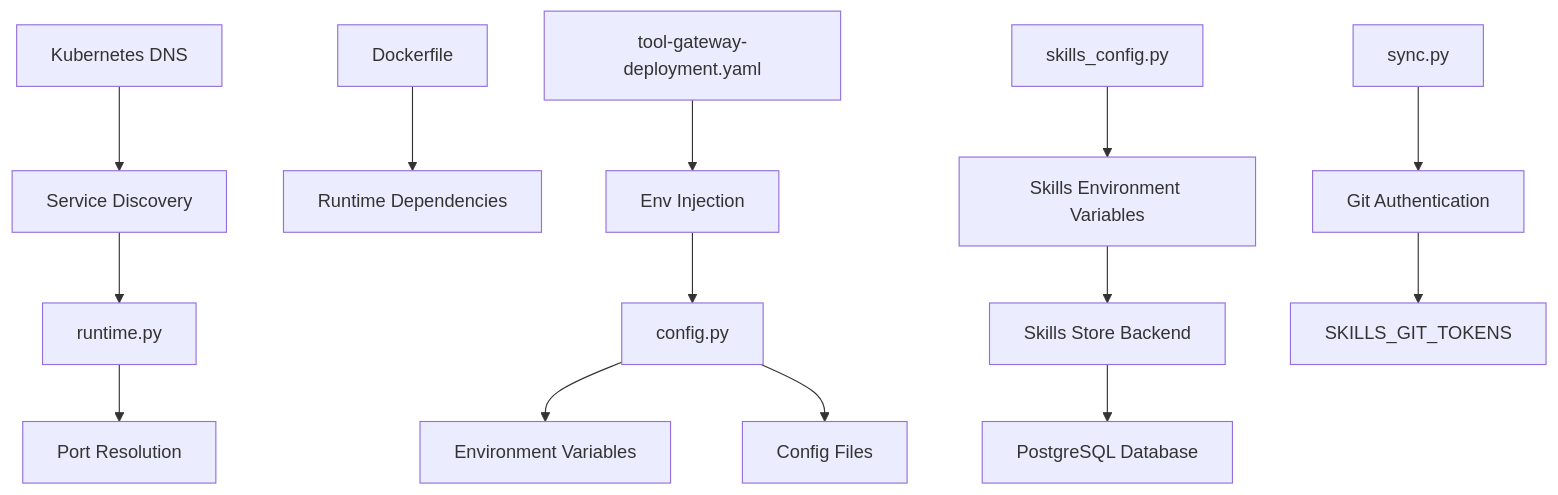
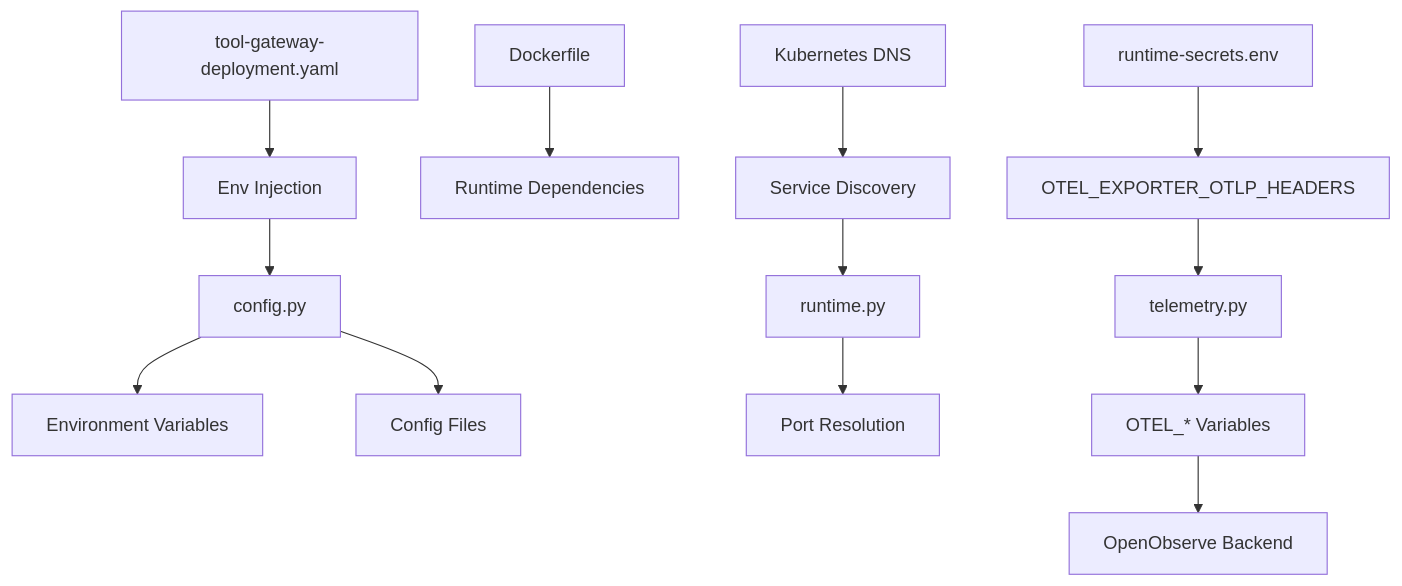
One commit to metasync/luban-aiops changed the tenth of 10 diagrams in .qoder/repowiki/en/content/Tool Gateway Service/Configuration and Environment Setup.md. Above: the diagram before and after it, drawn with Mermaid. The commit also changed other lines of this file and 71 other files, not shown here.

Commit message:
docs: refresh repowiki knowledge cache after OpenObserve telemetry enablement

````diff
--- a/.qoder/repowiki/en/content/Tool Gateway Service/Configuration and Environment Setup.md
+++ b/.qoder/repowiki/en/content/Tool Gateway Service/Configuration and Environment Setup.md
@@ -489,16 +394,15 @@
 ```mermaid
 graph TB
 CFG["config.py"] --> ENV["Environment Variables"]
 CFG --> FILE["Config Files"]
 RT["runtime.py"] --> PORT["Port Resolution"]
 DNS["Kubernetes DNS"] --> SVC["Service Discovery"]
 DOCKER["Dockerfile"] --> RUNTIME["Runtime Dependencies"]
 K8S["tool-gateway-deployment.yaml"] --> INJECT["Env Injection"]
 INJECT --> CFG
 SVC --> RT
-SkillsCFG["skills_config.py"] --> SkillsENV["Skills Environment Variables"]
-SkillsENV --> SkillsStore["Skills Store Backend"]
-SkillsStore --> DB["PostgreSQL Database"]
-SkillsSync["sync.py"] --> GitAuth["Git Authentication"]
-GitAuth --> Tokens["SKILLS_GIT_TOKENS"]
+OTel["telemetry.py"] --> OTEL_ENV["OTEL_* Variables"]
+OTEL_ENV --> Backend["OpenObserve Backend"]
+Secrets["runtime-secrets.env"] --> AuthHeaders["OTEL_EXPORTER_OTLP_HEADERS"]
+AuthHeaders --> OTel
 ```
````
